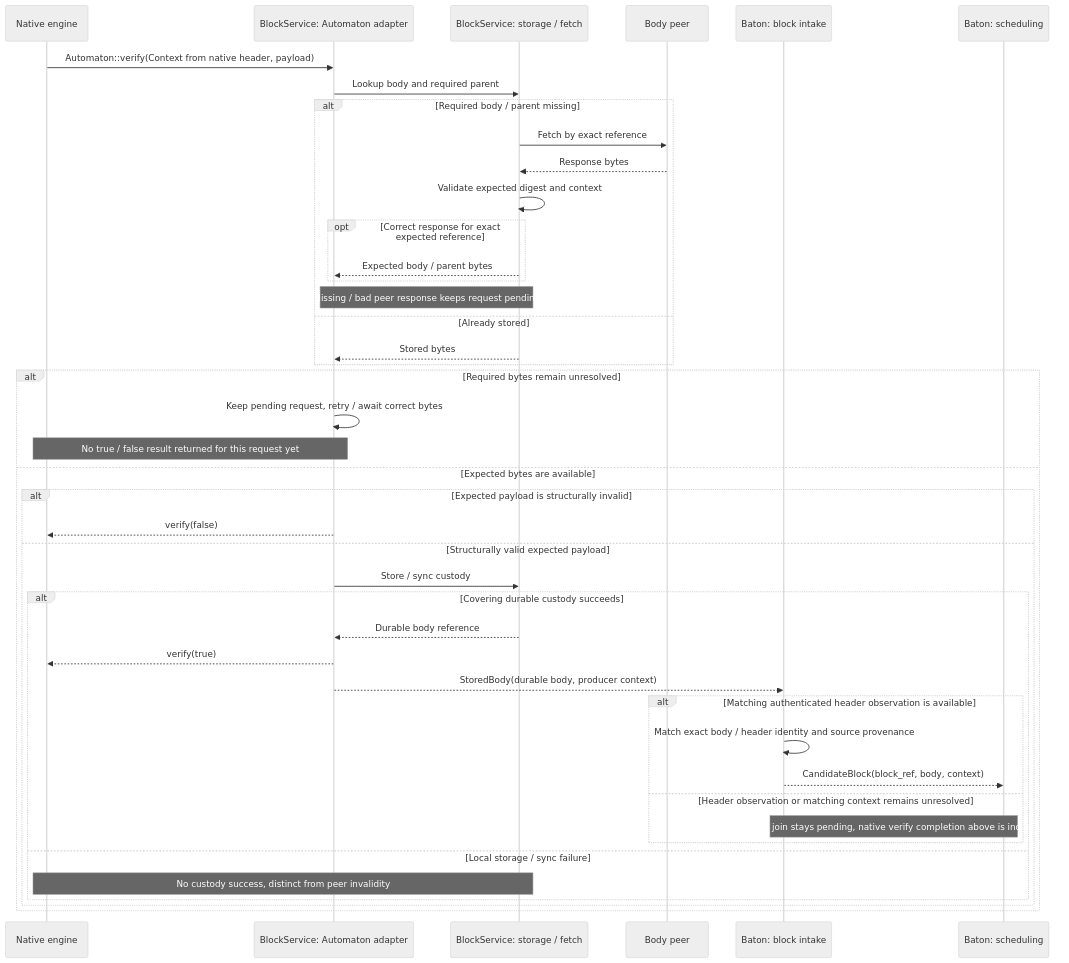
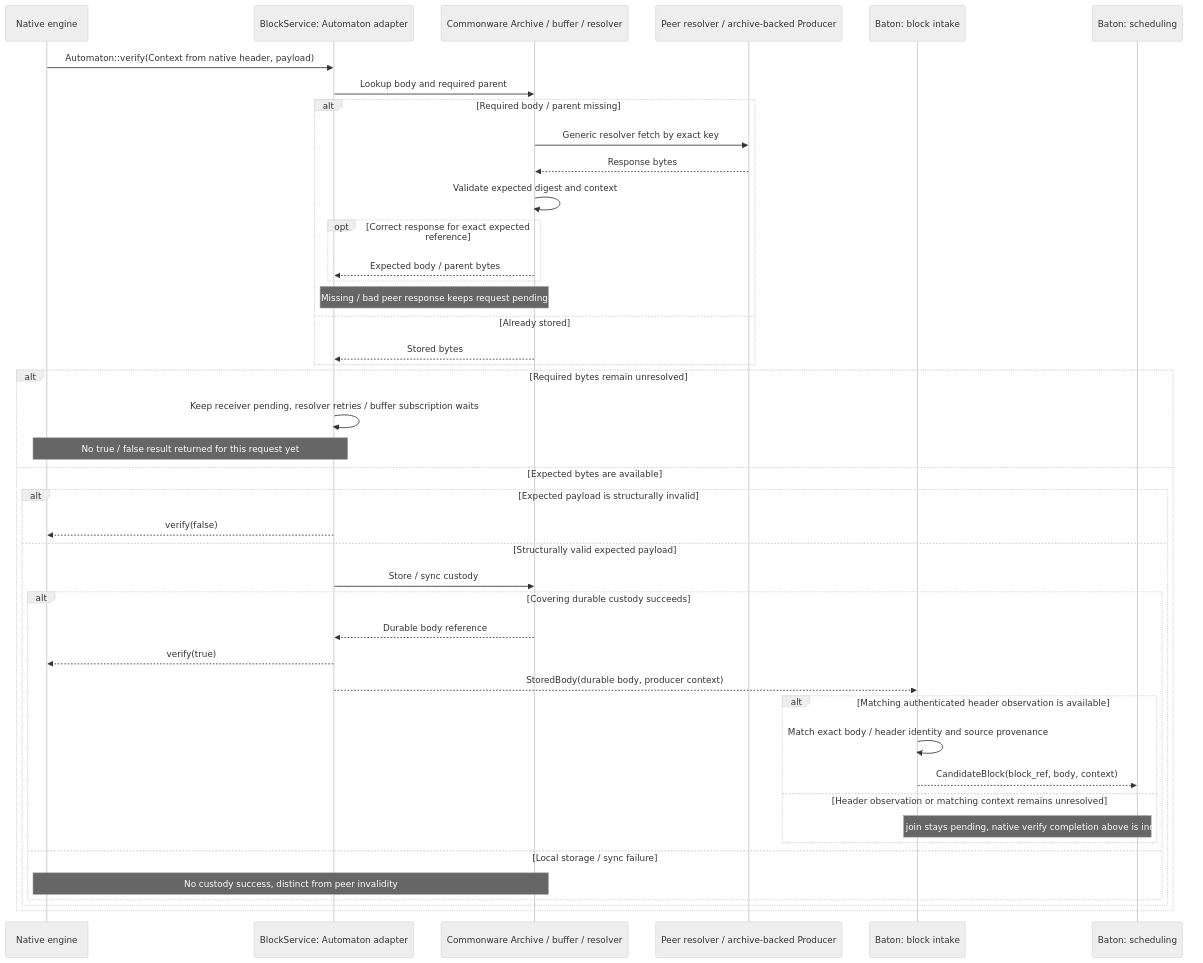
One commit to djm07073/baton-research changed the second of 2 diagrams in docs/e2e/block-body.md. Above: the diagram before and after it, drawn with Mermaid (neutral theme). The commit also changed other lines of this file and 405 other files, not shown here.

Commit message:
Document real-chain Commonware reuse and execution storage boundaries

````diff
--- a/docs/e2e/block-body.md
+++ b/docs/e2e/block-body.md
@@ -35,45 +37,45 @@
 ```mermaid
 sequenceDiagram
     participant N as Native engine
     participant A as BlockService: Automaton adapter
-    participant S as BlockService: storage / fetch
-    participant P as Body peer
+    participant S as Commonware Archive / buffer / resolver
+    participant P as Peer resolver / archive-backed Producer
     participant I as Baton: block intake
     participant B as Baton: scheduling
     N->>A: Automaton::verify(Context from native header, payload)
     A->>S: Lookup body and required parent
     alt Required body / parent missing
-        S->>P: Fetch by exact reference
+        S->>P: Generic resolver fetch by exact key
         P-->>S: Response bytes
         S->>S: Validate expected digest and context
         opt Correct response for exact expected reference
             S-->>A: Expected body / parent bytes
         end
         Note over A,S: Missing / bad peer response keeps request pending
     else Already stored
         S-->>A: Stored bytes
     end
     alt Required bytes remain unresolved
-        A->>A: Keep pending request, retry / await correct bytes
+        A->>A: Keep receiver pending, resolver retries / buffer subscription waits
         Note over N,A: No true / false result returned for this request yet
     else Expected bytes are available
         alt Expected payload is structurally invalid
             A-->>N: verify(false)
         else Structurally valid expected payload
             A->>S: Store / sync custody
             alt Covering durable custody succeeds
                 S-->>A: Durable body reference
                 A-->>N: verify(true)
                 A-->>I: StoredBody(durable body, producer context)
                 alt Matching authenticated header observation is available
                     I->>I: Match exact body / header identity and source provenance
                     I-->>B: CandidateBlock(block_ref, body, context)
                 else Header observation or matching context remains unresolved
                     Note over I,B: Candidate join stays pending, native verify completion above is independent
                 end
             else Local storage / sync failure
                 Note over N,S: No custody success, distinct from peer invalidity
             end
         end
     end
 ```
````
